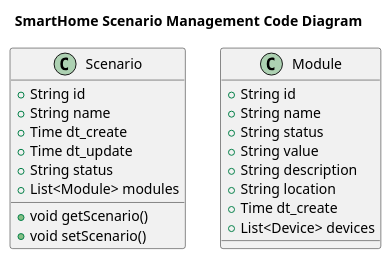
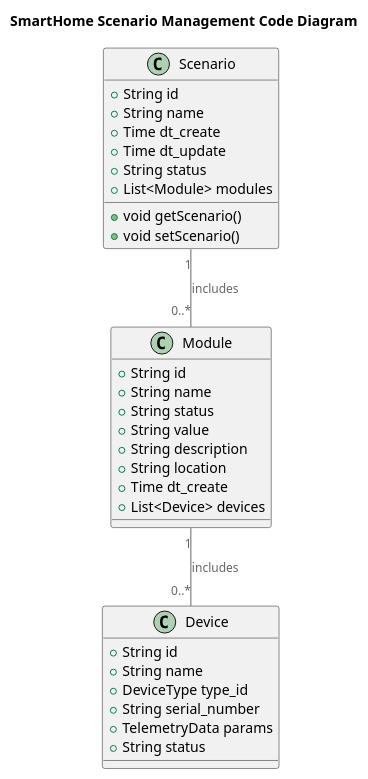
One commit to PuryginKE/architecture-warmhouse changed the diagram in diagrams/code/Code-scenario.puml. Above: the diagram before and after it, drawn with PlantUML. The commit also changed 6 other files, not shown here.

```diff
--- a/diagrams/code/Code-scenario.puml
+++ b/diagrams/code/Code-scenario.puml
@@ -1,30 +1,42 @@
 @startuml
 title SmartHome Scenario Management Code Diagram
 
 top to bottom direction
 
 !includeurl https://raw.githubusercontent.com/RicardoNiepel/C4-PlantUML/master/C4_Component.puml
 
 class Scenario {
   +String id
   +String name
   +Time dt_create
   +Time dt_update
   +String status
   +List<Module> modules
   +void getScenario()
   +void setScenario()
 }
 
 class Module {
   +String id
   +String name
   +String status
   +String value
   +String description
   +String location
   +Time dt_create 
   +List<Device> devices
 }
 
+class Device {
+  +String id
+  +String name
+  +DeviceType type_id
+  +String serial_number
+  +TelemetryData params
+  +String status
+}
+
+Scenario "1" -- "0..*" Module : includes
+Module "1" -- "0..*" Device : includes
+
 @enduml
```
